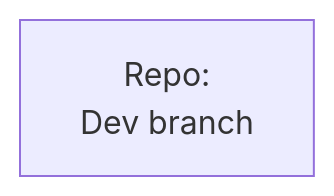
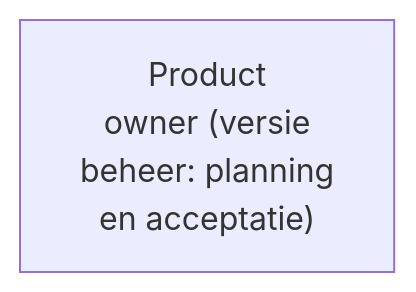
The first of 8 diagrams in docs/verslag-ecosysteem-en-rollen.md (open-zaak/samenwerken), drawn with Mermaid before and after one commit. The commit also changed other lines of this file, not shown here.

````diff
--- a/docs/verslag-ecosysteem-en-rollen.md
+++ b/docs/verslag-ecosysteem-en-rollen.md
@@ -55,5 +54,8 @@
 ```mermaid
 graph LR
     %% Nodes
-    Dev1["Repo:<br/>Dev branch"]
+    PO["Product<br/>owner (versie<br/>beheer: planning<br/>en acceptatie)"]
+
+    %% Connections
+    PO
 ```
````
